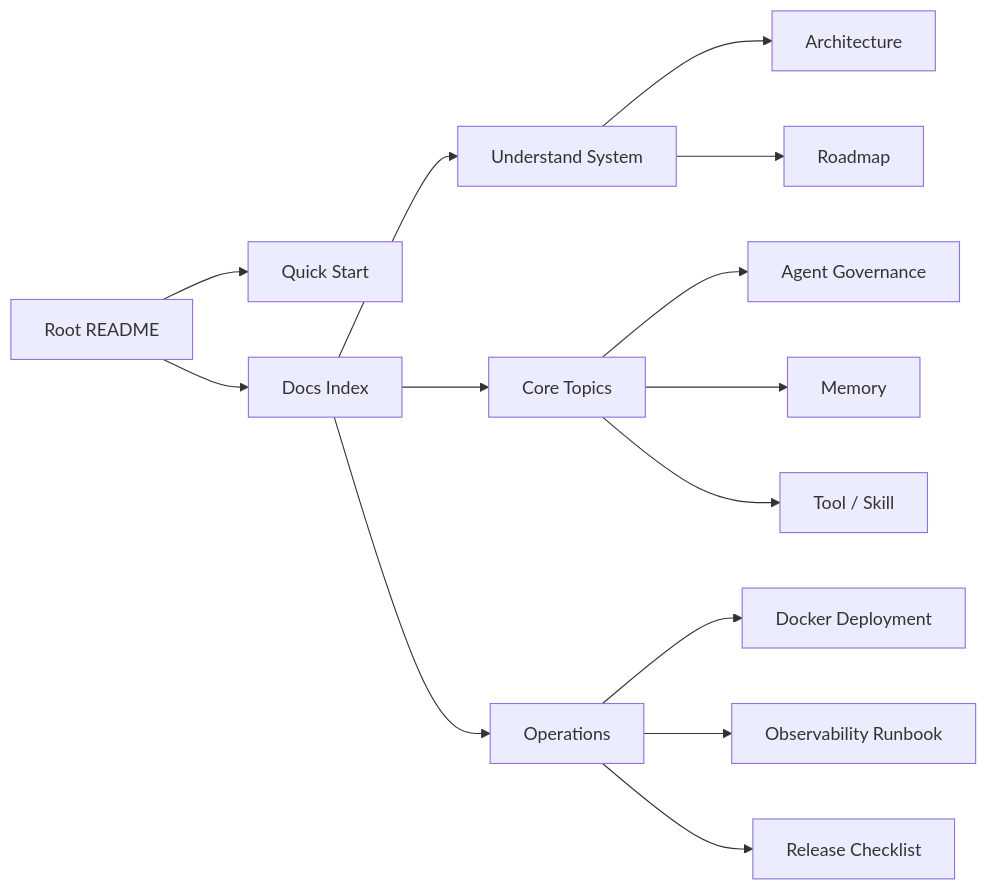
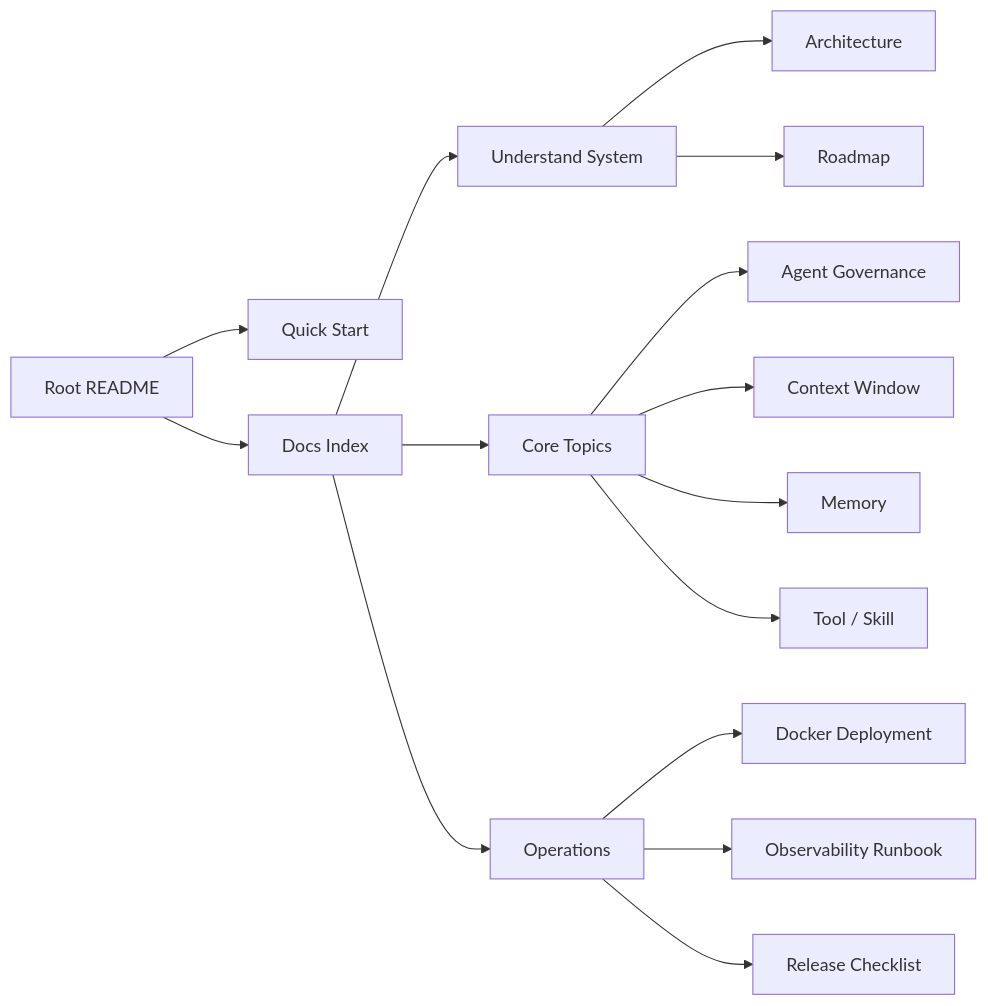
Before and after one commit to William-zgx/focus-agent: the diagram in docs/README.md, drawn with Mermaid. The commit also changed other lines of this file and 7 other files, not shown here.

Commit message:
docs(context): document context window compaction

````diff
--- a/docs/README.md
+++ b/docs/README.md
@@ -7,16 +7,17 @@
 ```mermaid
 flowchart LR
     README["Root README"] --> Quick["Quick Start"]
     README --> Docs["Docs Index"]
     Docs --> Understand["Understand System"]
     Docs --> Topics["Core Topics"]
     Docs --> Ops["Operations"]
     Understand --> Architecture["Architecture"]
     Understand --> Roadmap["Roadmap"]
     Topics --> Governance["Agent Governance"]
+    Topics --> ContextWindow["Context Window"]
     Topics --> Memory["Memory"]
     Topics --> Tools["Tool / Skill"]
     Ops --> Docker["Docker Deployment"]
     Ops --> Observability["Observability Runbook"]
     Ops --> Release["Release Checklist"]
 ```
````
